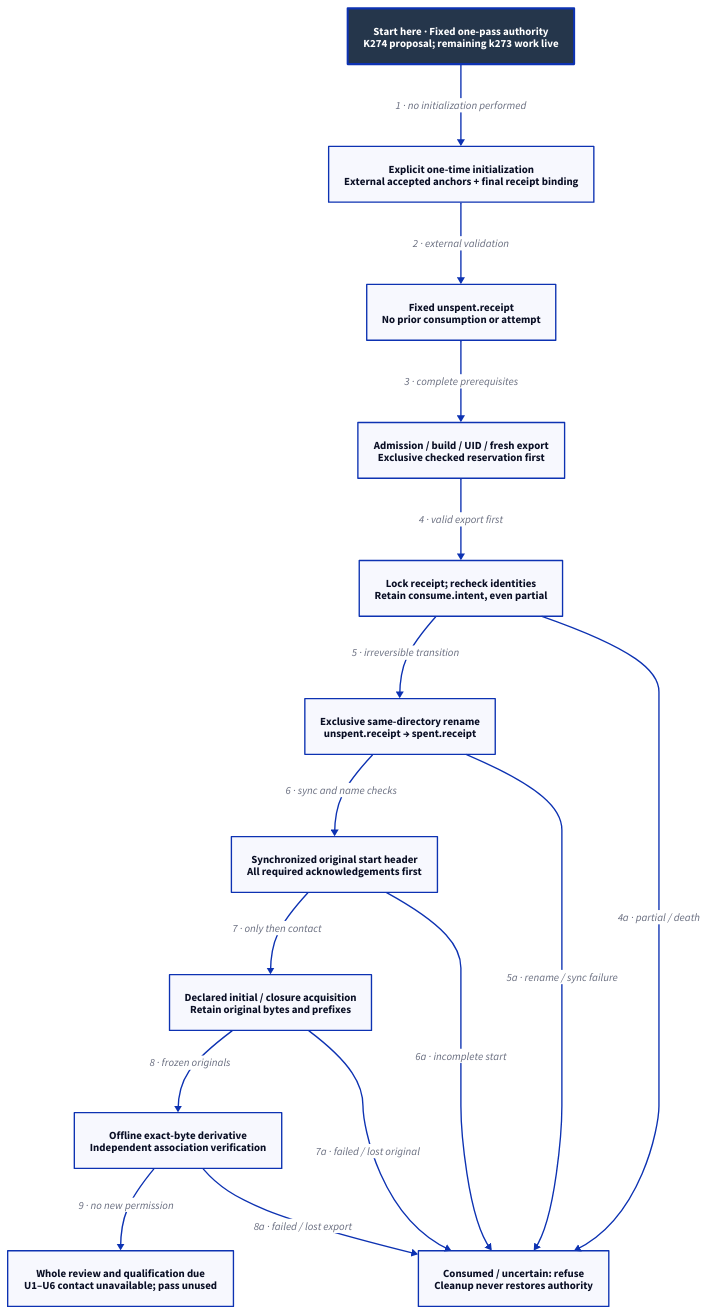
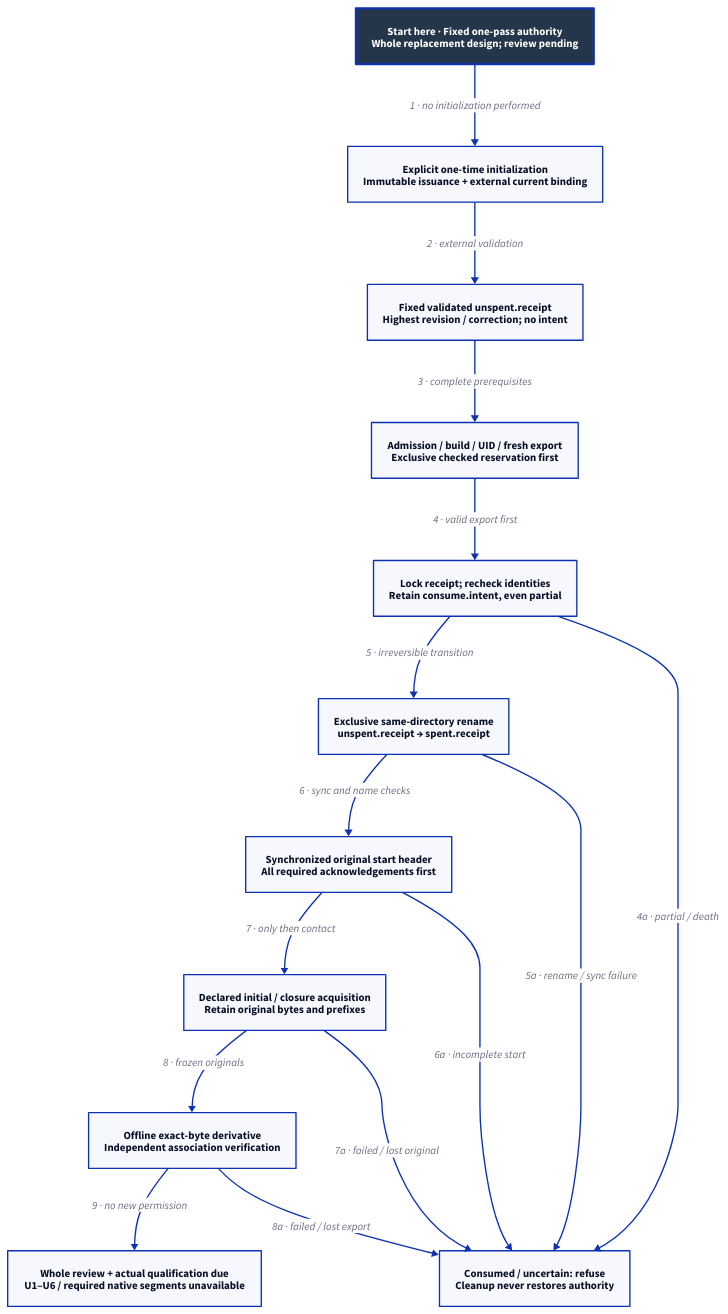
One commit to Linkuistics/Koine changed the diagram in docs/design/architecture/native-reference-admission.d2. Above: the diagram before and after it, drawn with D2. The commit also changed 48 other files, not shown here.

```diff
--- a/docs/design/architecture/native-reference-admission.d2
+++ b/docs/design/architecture/native-reference-admission.d2
@@ -1,30 +1,30 @@
 # Proposed lifecycle; complete contract is normative and qualification remains due.
 direction: down
 classes: {
   start: {style: {fill: "#25364B"; font-color: "#FFFFFF"; bold: true; stroke-width: 3}}
 }
-Start: "Start here · Fixed one-pass authority\nK274 proposal; remaining k273 work live" {class: start}
-Provision: "Explicit one-time initialization\nExternal accepted anchors + final receipt binding"
-Ready: "Fixed unspent.receipt\nNo prior consumption or attempt"
+Start: "Start here · Fixed one-pass authority\nWhole replacement design; review pending" {class: start}
+Provision: "Explicit one-time initialization\nImmutable issuance + external current binding"
+Ready: "Fixed validated unspent.receipt\nHighest revision / correction; no intent"
 Export: "Admission / build / UID / fresh export\nExclusive checked reservation first"
 Intent: "Lock receipt; recheck identities\nRetain consume.intent, even partial"
 Spent: "Exclusive same-directory rename\nunspent.receipt → spent.receipt"
 Original: "Synchronized original start header\nAll required acknowledgements first"
 Capture: "Declared initial / closure acquisition\nRetain original bytes and prefixes"
 Derivative: "Offline exact-byte derivative\nIndependent association verification"
 Refuse: "Consumed / uncertain: refuse\nCleanup never restores authority"
-Limit: "Whole review and qualification due\nU1–U6 contact unavailable; pass unused"
+Limit: "Whole review + actual qualification due\nU1–U6 / required native segments unavailable"
 Start -> Provision: "1 · no initialization performed"
 Provision -> Ready: "2 · external validation"
 Ready -> Export: "3 · complete prerequisites"
 Export -> Intent: "4 · valid export first"
 Intent -> Spent: "5 · irreversible transition"
 Spent -> Original: "6 · sync and name checks"
 Original -> Capture: "7 · only then contact"
 Capture -> Derivative: "8 · frozen originals"
 Derivative -> Limit: "9 · no new permission"
 Intent -> Refuse: "4a · partial / death"
 Spent -> Refuse: "5a · rename / sync failure"
 Original -> Refuse: "6a · incomplete start"
 Capture -> Refuse: "7a · failed / lost original"
 Derivative -> Refuse: "8a · failed / lost export"
```
